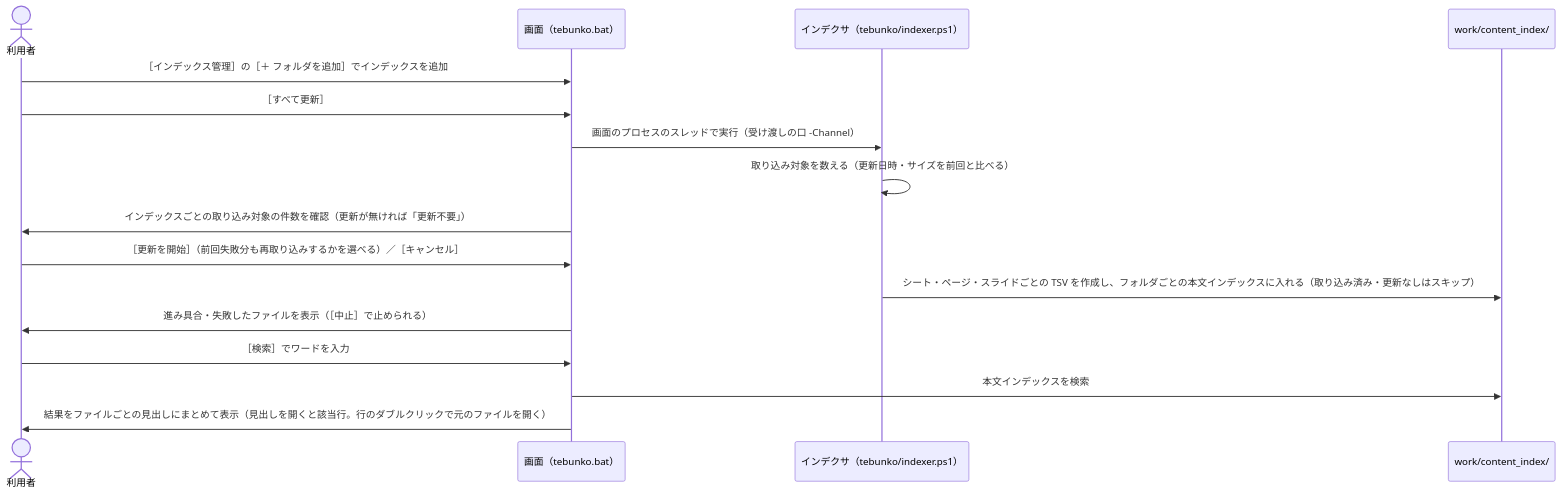
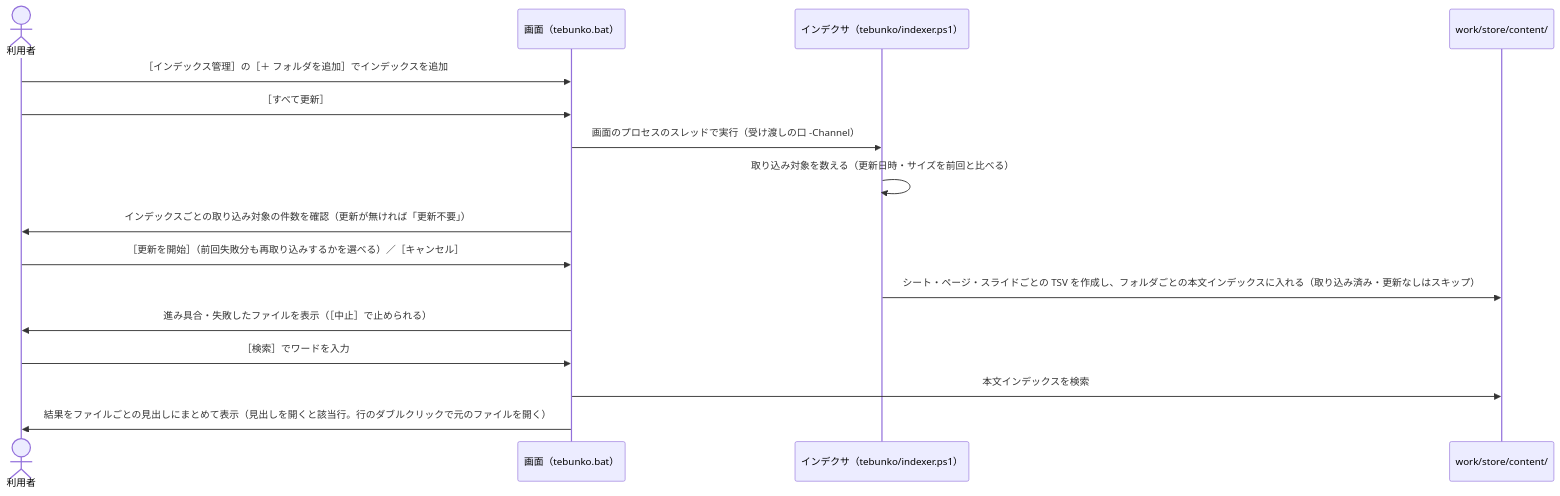
One commit to hsgwa/tebunko changed the second of 2 diagrams in docs/design/start/onboarding.md. Above: the diagram before and after it, drawn with Mermaid. The commit also changed 118 other files, not shown here.

````diff
--- a/docs/design/start/onboarding.md
+++ b/docs/design/start/onboarding.md
@@ -32,19 +32,19 @@
 ```mermaid
 sequenceDiagram
     actor U as 利用者
     participant G as 画面（tebunko.bat）
     participant CV as インデクサ（tebunko/indexer.ps1）
-    participant W as work/content_index/
+    participant W as work/store/content/
 
     U->>G: ［インデックス管理］の［＋ フォルダを追加］でインデックスを追加
     U->>G: ［すべて更新］
     G->>CV: 画面のプロセスのスレッドで実行（受け渡しの口 -Channel）
     CV->>CV: 取り込み対象を数える（更新日時・サイズを前回と比べる）
     G->>U: インデックスごとの取り込み対象の件数を確認（更新が無ければ「更新不要」）
     U->>G: ［更新を開始］（前回失敗分も再取り込みするかを選べる）／［キャンセル］
     CV->>W: シート・ページ・スライドごとの TSV を作成し、フォルダごとの本文インデックスに入れる（取り込み済み・更新なしはスキップ）
     G->>U: 進み具合・失敗したファイルを表示（［中止］で止められる）
     U->>G: ［検索］でワードを入力
     G->>W: 本文インデックスを検索
     G->>U: 結果をファイルごとの見出しにまとめて表示（見出しを開くと該当行。行のダブルクリックで元のファイルを開く）
 ```
````
